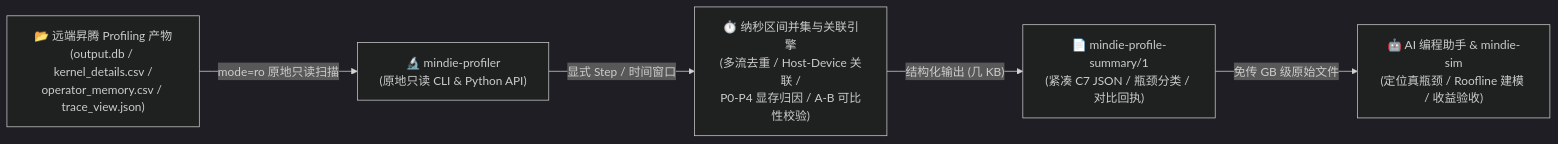
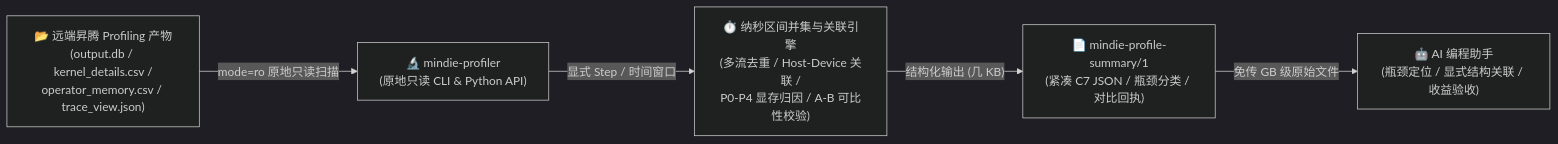
One commit to mindie-agent/profiler changed the diagram in README.md. Above: the diagram before and after it, drawn with Mermaid (dark theme). The commit also changed other lines of this file and 219 other files, not shown here.

````diff
--- a/README.md
+++ b/README.md
@@ -41,13 +41,13 @@
 ```mermaid
 flowchart LR
     Artifacts["📂 远端昇腾 Profiling 产物<br/>(output.db / kernel_details.csv /<br/>operator_memory.csv / trace_view.json)"]
     CLI["🔬 mindie-profiler<br/>(原地只读 CLI & Python API)"]
     Union["⏱️ 纳秒区间并集与关联引擎<br/>(多流去重 / Host-Device 关联 /<br/>P0-P4 显存归因 / A-B 可比性校验)"]
     C7["📄 mindie-profile-summary/1<br/>(紧凑 C7 JSON / 瓶颈分类 / 对比回执)"]
-    Consumer["🤖 AI 编程助手 & mindie-sim<br/>(定位真瓶颈 / Roofline 建模 / 收益验收)"]
+    Consumer["🤖 AI 编程助手<br/>(瓶颈定位 / 显式结构关联 / 收益验收)"]
 
     Artifacts -->|"mode=ro 原地只读扫描"| CLI
     CLI -->|"显式 Step / 时间窗口"| Union
     Union -->|"结构化输出 (几 KB)"| C7
     C7 -->|"免传 GB 级原始文件"| Consumer
 ```
````
